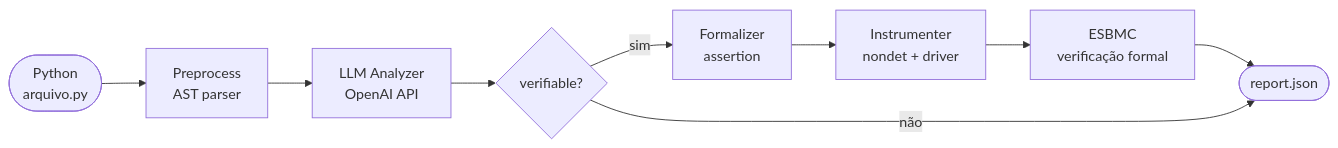
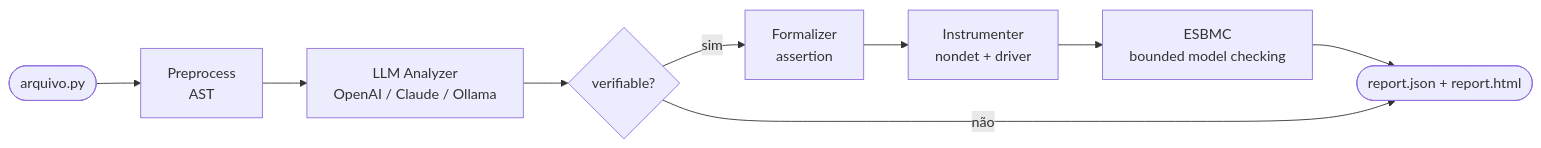
The diagram in README.md (feralice/llm-esbmc-pipeline), drawn with Mermaid before and after one commit. The commit also changed other lines of this file and 31 other files, not shown here.

````diff
--- a/README.md
+++ b/README.md
@@ -7,12 +25,11 @@
 ```mermaid
 flowchart LR
-    A([Python\narquivo.py]) --> B[Preprocess\nAST parser]
-    B --> C[LLM Analyzer\nOpenAI API]
+    A([arquivo.py]) --> B[Preprocess\nAST]
+    B --> C[LLM Analyzer\nOpenAI / Claude / Ollama]
     C --> D{verifiable?}
     D -- sim --> E[Formalizer\nassertion]
     E --> F[Instrumenter\nnondet + driver]
-    F --> G[ESBMC\nverificação formal]
-    G --> H([report.json])
+    F --> G[ESBMC\nbounded model checking]
+    G --> H([report.json + report.html])
     D -- não --> H
-
 ```
````
